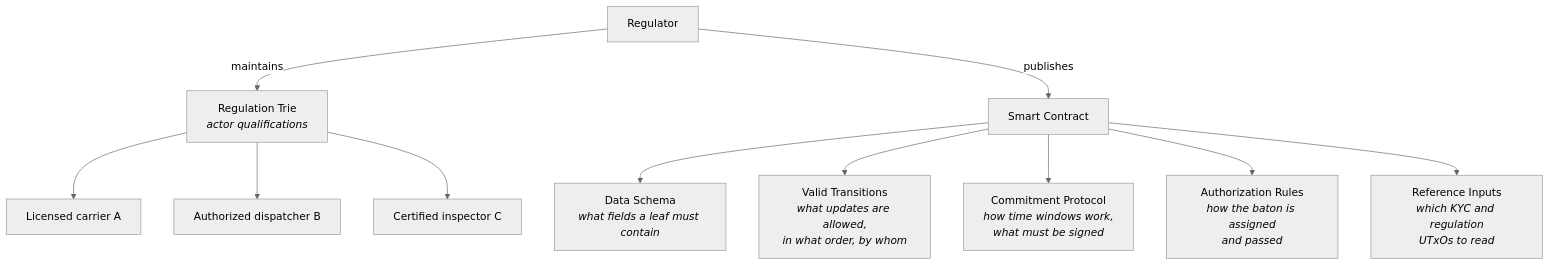
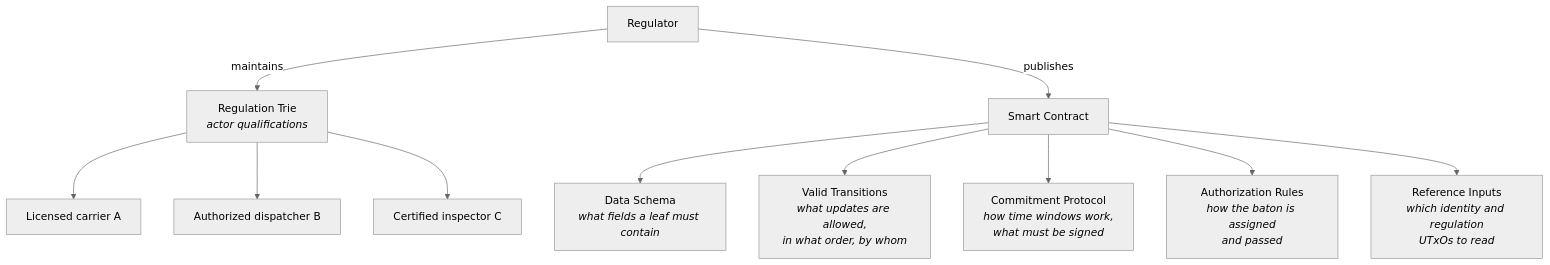
The sixth of 19 diagrams in docs/framework/schema.md (lambdasistemi/cardano-for-regulators), drawn with Mermaid (neutral theme) before and after one commit. The commit also changed other lines of this file and 1 other file, not shown here.

Commit message:
rename KYC provider to identity provider throughout

````diff
--- a/docs/framework/schema.md
+++ b/docs/framework/schema.md
@@ -238,16 +238,16 @@
 ```mermaid
 graph TD
     REG[Regulator]
 
     REG -->|maintains| RT[Regulation Trie<br/><i>actor qualifications</i>]
     RT --> Q1[Licensed carrier A]
     RT --> Q2[Authorized dispatcher B]
     RT --> Q3[Certified inspector C]
 
     REG -->|publishes| SC[Smart Contract]
     SC --> DS[Data Schema<br/><i>what fields a leaf must contain</i>]
     SC --> VT[Valid Transitions<br/><i>what updates are allowed,<br/>in what order, by whom</i>]
     SC --> CP[Commitment Protocol<br/><i>how time windows work,<br/>what must be signed</i>]
     SC --> AR[Authorization Rules<br/><i>how the baton is assigned<br/>and passed</i>]
-    SC --> REF[Reference Inputs<br/><i>which KYC and regulation<br/>UTxOs to read</i>]
+    SC --> REF[Reference Inputs<br/><i>which identity and regulation<br/>UTxOs to read</i>]
 ```
````
